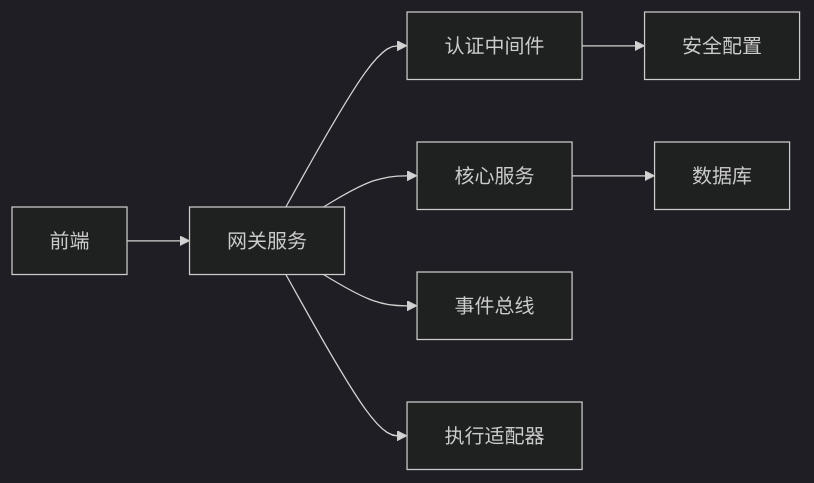
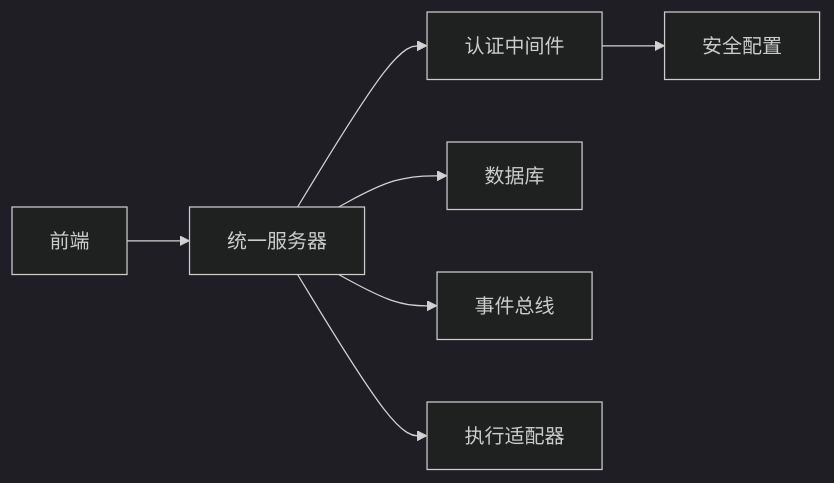
The tenth of 10 diagrams in .qoder/repowiki/zh/content/核心组件/双服务器架构.md (Maki3991/study-PactLedger), drawn with Mermaid (dark theme) before and after one commit. The commit also changed other lines of this file and 8 other files, not shown here.

````diff
--- a/.qoder/repowiki/zh/content/核心组件/双服务器架构.md
+++ b/.qoder/repowiki/zh/content/核心组件/双服务器架构.md
@@ -486,10 +409,9 @@
 ```mermaid
 graph LR
-FE["前端"] --> GW["网关服务"]
-GW --> AUTH["认证中间件"]
+FE["前端"] --> SVR["统一服务器"]
+SVR --> AUTH["认证中间件"]
 AUTH --> SEC["安全配置"]
-GW --> CORE["核心服务"]
-CORE --> DB["数据库"]
-GW --> Events["事件总线"]
-GW --> Adapters["执行适配器"]
+SVR --> DB["数据库"]
+SVR --> Events["事件总线"]
+SVR --> Adapters["执行适配器"]
 ```
````
